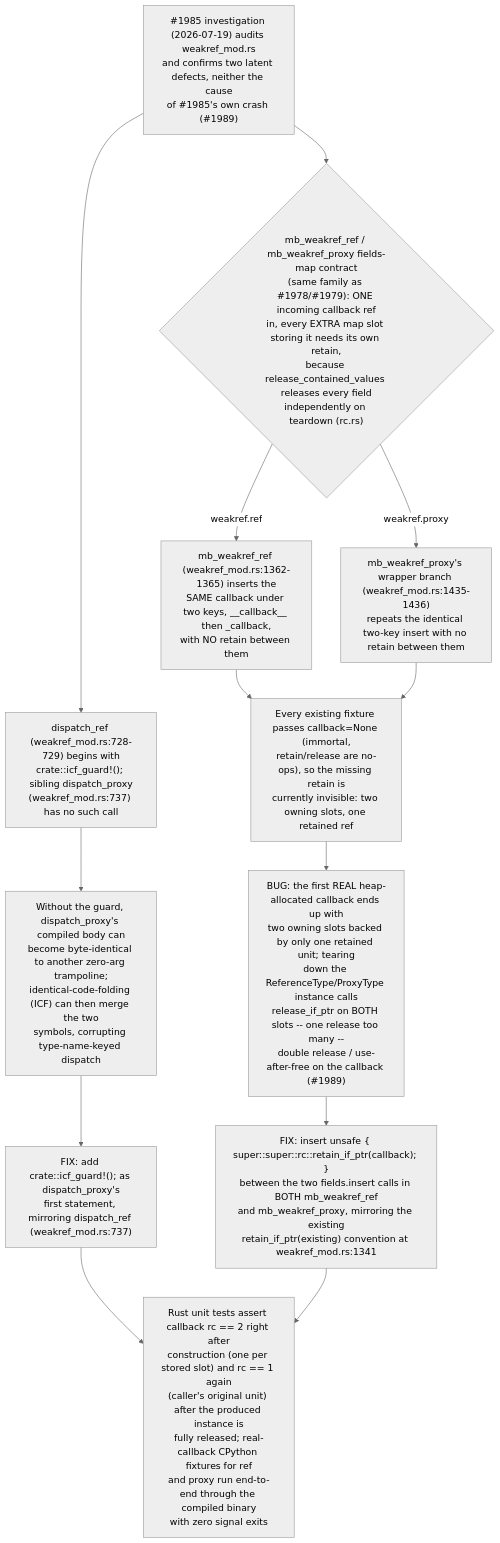
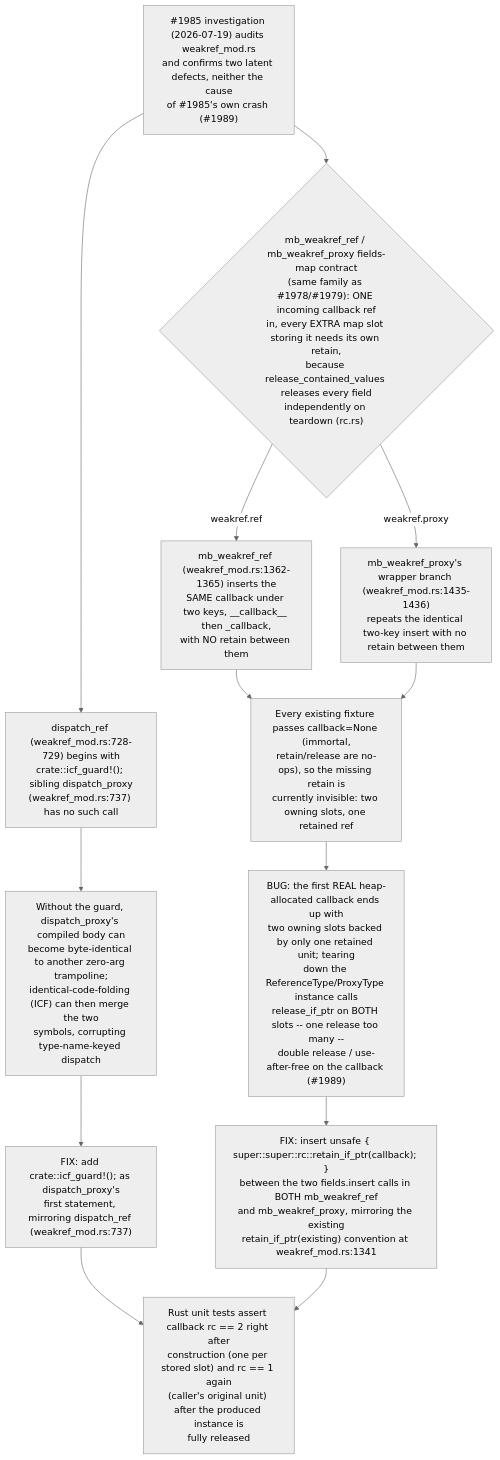
One commit to chrischeng-c4/axiom changed the first of 2 diagrams in projects/mamba/tech-design/interfaces/rest/mamba-weakref-mod-callback-double-store-without-retain-double-fr.md. Above: the diagram before and after it, drawn with Mermaid (neutral theme). The commit also changed other lines of this file, not shown here.

Commit message:
td(1989) — contract section: logic
Lifecycle-Slug: 1989
Work-Item: 1989
Lifecycle-Stage: Td-Section
Lifecycle-Phase: td_contract_in_progress
Lifecycle-Pass: contract
TD-Section: logic
Previous-Phase: td_applicability_created
Next-Phase: td_contract_in_progress
Next-Command: aw td create

````diff
--- a/projects/mamba/tech-design/interfaces/rest/mamba-weakref-mod-callback-double-store-without-retain-double-fr.md
+++ b/projects/mamba/tech-design/interfaces/rest/mamba-weakref-mod-callback-double-store-without-retain-double-fr.md
@@ -10,44 +10,44 @@
 ```mermaid
 ---
 id: mamba-weakref-callback-retain-and-icf-guard-fix
 entry: discovery
 nodes:
   discovery: { kind: start, label: "#1985 investigation (2026-07-19) audits weakref_mod.rs and confirms two latent defects, neither the cause of #1985's own crash (#1989)" }
   sibling_compare: { kind: process, label: "dispatch_ref (weakref_mod.rs:728-729) begins with crate::icf_guard!(); its sibling dispatch_proxy (weakref_mod.rs:737) has no such call" }
   icf_risk: { kind: process, label: "Without the guard, dispatch_proxy's compiled body can become byte-for-byte identical to another zero-arg-forwarding trampoline after optimization; identical-code-folding (ICF) is then free to merge the two symbols, corrupting type-name-keyed dispatch that depends on dispatch_proxy keeping its own distinct function-pointer identity" }
   icf_fix: { kind: process, label: "FIX: add crate::icf_guard!(); as dispatch_proxy's first statement, mirroring dispatch_ref exactly (weakref_mod.rs:737)" }
   ownership_contract: { kind: decision, label: "mb_weakref_ref/mb_weakref_proxy's fields map follows the file's borrow-in / retain-per-extra-slot contract, same family as #1978/#1979: ONE incoming callback MbValue reference is transferred in by the caller; every ADDITIONAL map slot that stores that SAME pointer needs its own retain_if_ptr, because rc.rs::release_contained_values walks every ObjData::Instance field and calls release_if_ptr on each value independently when the instance is torn down" }
   ref_double_store: { kind: process, label: "mb_weakref_ref (weakref_mod.rs:1362-1365) inserts the SAME callback MbValue under two keys, __callback__ then _callback, with no retain between them" }
   proxy_double_store: { kind: process, label: "mb_weakref_proxy's wrapper-creation branch (weakref_mod.rs:1435-1436) repeats the identical two-key insert with no retain between them" }
   masked_today: { kind: process, label: "Every existing fixture passes callback=None, an immortal/no-op MbValue for retain_if_ptr/release_if_ptr, so the missing retain is currently invisible: two owning map slots, one retained reference, but retain/release are both no-ops on None" }
   bug: { kind: terminal, label: "BUG: the first REAL (heap-allocated) callback passed to weakref.ref or weakref.proxy ends up with two owning slots (__callback__ and _callback) backed by only one retained unit; when the ReferenceType/ProxyType instance is torn down, release_contained_values calls release_if_ptr on BOTH slots -- one release too many -- double release / use-after-free on the callback object (#1989)" }
   fix_retain: { kind: process, label: "FIX: insert unsafe { super::super::rc::retain_if_ptr(callback); } between the two fields.insert calls in BOTH mb_weakref_ref and mb_weakref_proxy, mirroring the file's existing retain_if_ptr(existing) convention already at weakref_mod.rs:1341" }
-  fix_verified: { kind: terminal, label: "Rust unit tests assert the callback's rc is exactly 2 immediately after either constructor call (one per stored slot) and exactly back to the caller's original 1 after the produced instance is fully released -- no under- or over-release. CPython-style real-callback fixtures for weakref.ref and weakref.proxy exercise the same path end-to-end through the compiled mamba binary with zero signal exits." }
+  fix_verified: { kind: terminal, label: "Rust unit tests assert the callback's rc is exactly 2 immediately after either constructor call (one per stored slot) and exactly back to the caller's original 1 after the produced instance is fully released -- no under- or over-release." }
 edges:
   - { from: discovery, to: sibling_compare }
   - { from: sibling_compare, to: icf_risk }
   - { from: icf_risk, to: icf_fix }
   - { from: discovery, to: ownership_contract }
   - { from: ownership_contract, to: ref_double_store, label: "weakref.ref path" }
   - { from: ownership_contract, to: proxy_double_store, label: "weakref.proxy path" }
   - { from: ref_double_store, to: masked_today }
   - { from: proxy_double_store, to: masked_today }
   - { from: masked_today, to: bug }
   - { from: bug, to: fix_retain }
   - { from: fix_retain, to: fix_verified }
   - { from: icf_fix, to: fix_verified, label: "joins the same verification pass" }
 ---
 flowchart TD
     A["#1985 investigation (2026-07-19) audits weakref_mod.rs\nand confirms two latent defects, neither the cause\nof #1985's own crash (#1989)"] --> B["dispatch_ref (weakref_mod.rs:728-729) begins with\ncrate::icf_guard!(); sibling dispatch_proxy\n(weakref_mod.rs:737) has no such call"]
     B --> C["Without the guard, dispatch_proxy's compiled body can\nbecome byte-identical to another zero-arg trampoline;\nidentical-code-folding (ICF) can then merge the two\nsymbols, corrupting type-name-keyed dispatch"]
     C --> D["FIX: add crate::icf_guard!(); as dispatch_proxy's\nfirst statement, mirroring dispatch_ref (weakref_mod.rs:737)"]
     A --> E{"mb_weakref_ref / mb_weakref_proxy fields-map contract\n(same family as #1978/#1979): ONE incoming callback ref\nin, every EXTRA map slot storing it needs its own retain,\nbecause release_contained_values releases every field\nindependently on teardown (rc.rs)"}
     E -- "weakref.ref" --> F["mb_weakref_ref (weakref_mod.rs:1362-1365) inserts the\nSAME callback under two keys, __callback__ then _callback,\nwith NO retain between them"]
     E -- "weakref.proxy" --> G["mb_weakref_proxy's wrapper branch (weakref_mod.rs:1435-1436)\nrepeats the identical two-key insert with no retain between them"]
     F --> H["Every existing fixture passes callback=None (immortal,\nretain/release are no-ops), so the missing retain is\ncurrently invisible: two owning slots, one retained ref"]
     G --> H
     H --> I["BUG: the first REAL heap-allocated callback ends up with\ntwo owning slots backed by only one retained unit; tearing\ndown the ReferenceType/ProxyType instance calls\nrelease_if_ptr on BOTH slots -- one release too many --\ndouble release / use-after-free on the callback (#1989)"]
     I --> J["FIX: insert unsafe { super::super::rc::retain_if_ptr(callback); }\nbetween the two fields.insert calls in BOTH mb_weakref_ref\nand mb_weakref_proxy, mirroring the existing\nretain_if_ptr(existing) convention at weakref_mod.rs:1341"]
-    D --> K["Rust unit tests assert callback rc == 2 right after\nconstruction (one per stored slot) and rc == 1 again\n(caller's original unit) after the produced instance is\nfully released; real-callback CPython fixtures for ref\nand proxy run end-to-end through the compiled binary\nwith zero signal exits"]
+    D --> K["Rust unit tests assert callback rc == 2 right after\nconstruction (one per stored slot) and rc == 1 again\n(caller's original unit) after the produced instance is\nfully released"]
     J --> K
 ```
````
